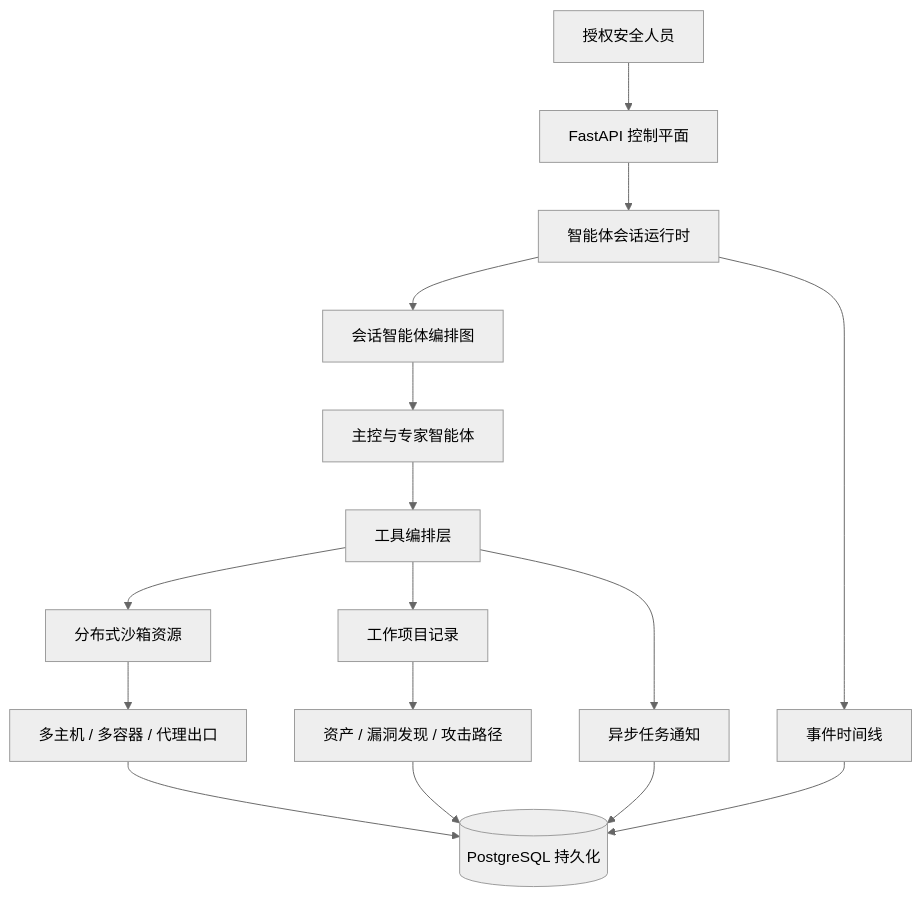
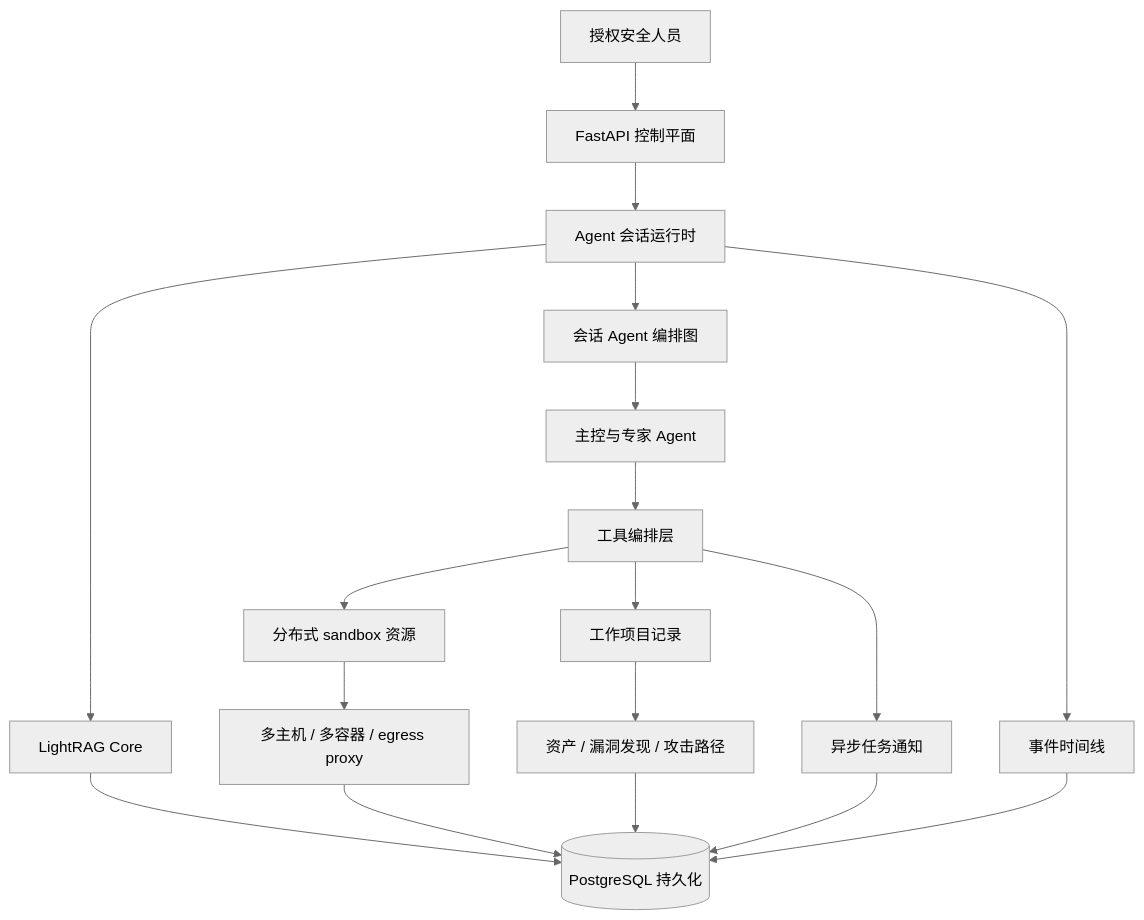
Before and after one commit to MolTau9527/Z3r0: the first of 2 diagrams in docs/zh/guide/overview.md, drawn with Mermaid (neutral theme). The commit also changed other lines of this file and 99 other files, not shown here.

Commit message:
feat: Add LightRAG knowledge management and contextual retrieval

````diff
--- a/docs/zh/guide/overview.md
+++ b/docs/zh/guide/overview.md
@@ -37,23 +38,25 @@
 ```mermaid
 flowchart TB
   Operator["授权安全人员"]
   API["FastAPI 控制平面"]
-  Runtime["智能体会话运行时"]
-  Graph["会话智能体编排图"]
-  Agents["主控与专家智能体"]
+  Runtime["Agent 会话运行时"]
+  Graph["会话 Agent 编排图"]
+  Agents["主控与专家 Agent"]
+  RAG["LightRAG Core"]
   Tools["工具编排层"]
-  Sandbox["分布式沙箱资源"]
-  Hosts["多主机 / 多容器 / 代理出口"]
+  Sandbox["分布式 sandbox 资源"]
+  Hosts["多主机 / 多容器 / egress proxy"]
   Project["工作项目记录"]
   Evidence["资产 / 漏洞发现 / 攻击路径"]
   Async["异步任务通知"]
   Timeline["事件时间线"]
   Store[("PostgreSQL 持久化")]
 
   Operator --> API --> Runtime --> Graph --> Agents --> Tools
+  Runtime --> RAG --> Store
 
   Tools --> Sandbox --> Hosts --> Store
   Tools --> Project --> Evidence --> Store
   Tools --> Async --> Store
   Runtime --> Timeline --> Store
 ```
````
